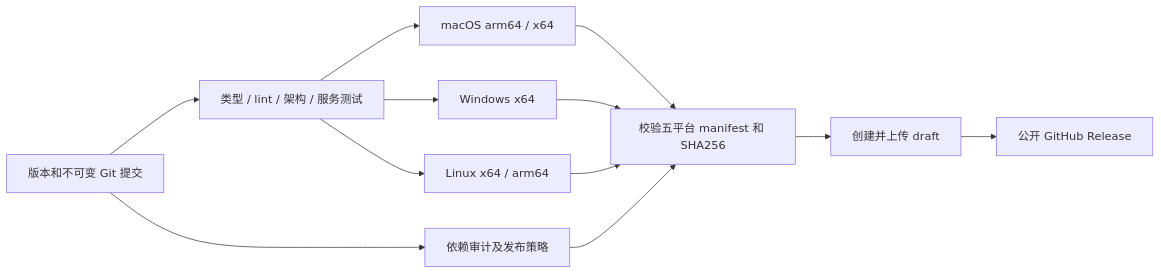
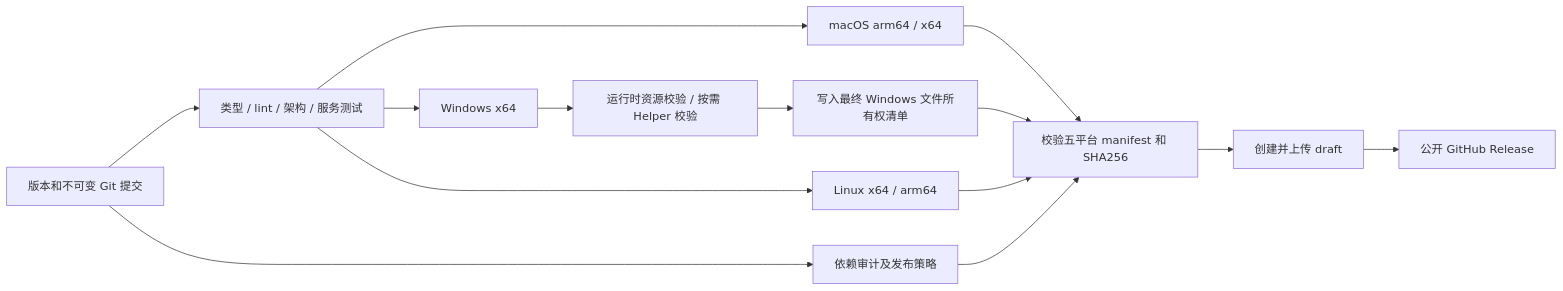
Before and after one commit to Jas0nxlee/UWork: the diagram in specs/desktop-github-release.md, drawn with Mermaid. The commit also changed other lines of this file and 67 other files, not shown here.

````diff
--- a/specs/desktop-github-release.md
+++ b/specs/desktop-github-release.md
@@ -34,14 +37,16 @@
 ```mermaid
 flowchart LR
   Commit[版本和不可变 Git 提交] --> Check[类型 / lint / 架构 / 服务测试]
   Commit --> Audit[依赖审计及发布策略]
   Check --> Mac[macOS arm64 / x64]
   Check --> Win[Windows x64]
   Check --> Linux[Linux x64 / arm64]
   Mac --> Validate[校验五平台 manifest 和 SHA256]
-  Win --> Validate
+  Win --> WinRuntime[运行时资源校验 / 按需 Helper 校验]
+  WinRuntime --> WinOwnership[写入最终 Windows 文件所有权清单]
+  WinOwnership --> Validate
   Linux --> Validate
   Audit --> Validate
   Validate --> Draft[创建并上传 draft]
   Draft --> Release[公开 GitHub Release]
 ```
````
